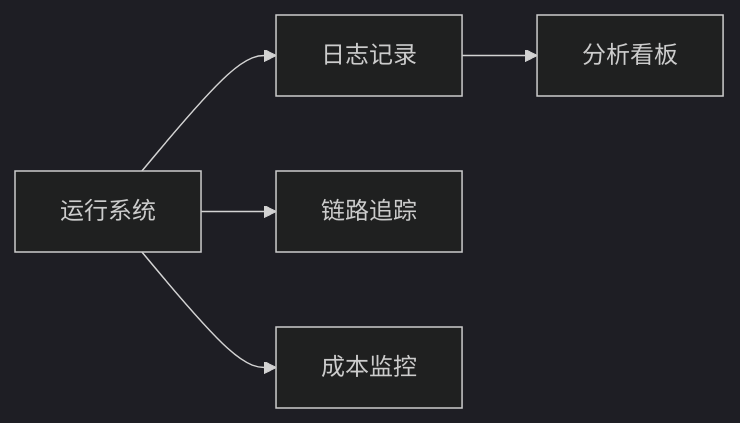
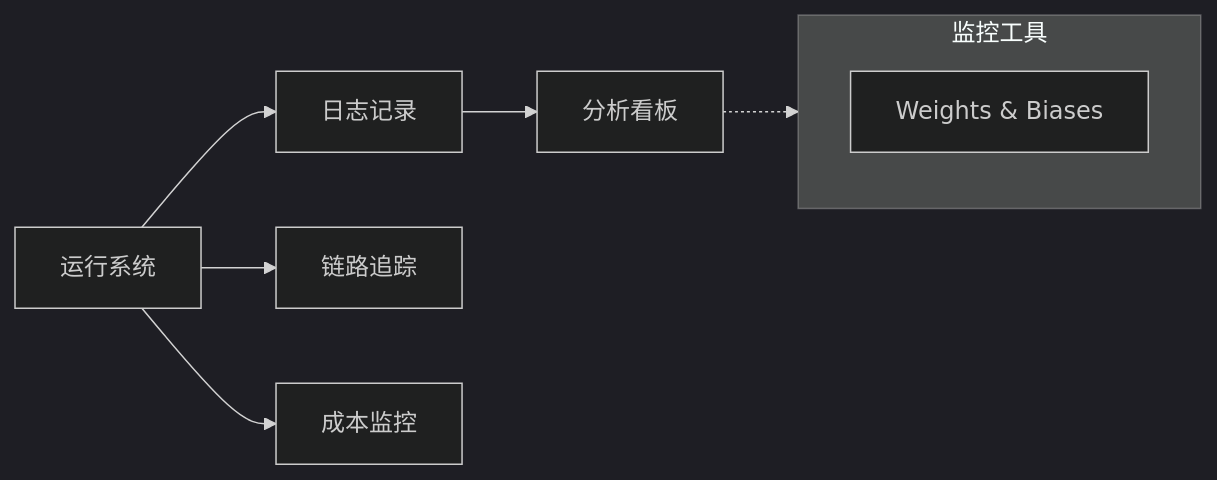
Before and after one commit to cruldra/notes3: the sixth of 6 diagrams in docs/AI/llm_graph.md, drawn with Mermaid (dark theme). The commit also changed other lines of this file and 2 other files, not shown here.

````diff
--- a/docs/AI/llm_graph.md
+++ b/docs/AI/llm_graph.md
@@ -114,7 +170,13 @@
 ```mermaid
 graph LR
     System[运行系统] --> Logging[日志记录]
     System --> Tracing[链路追踪]
     System --> Cost[成本监控]
     Logging --> Analysis[分析看板]
+    
+    subgraph Tools [监控工具]
+        WandB[Weights & Biases]
+    end
+    
+    Analysis -.-> Tools
 ```
````
